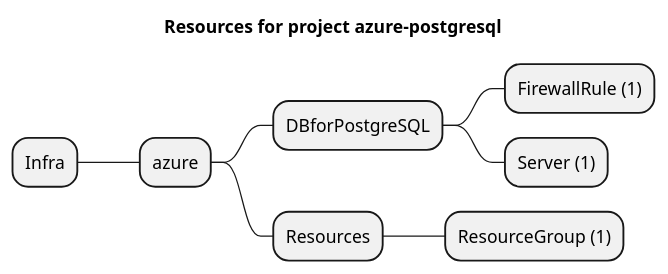
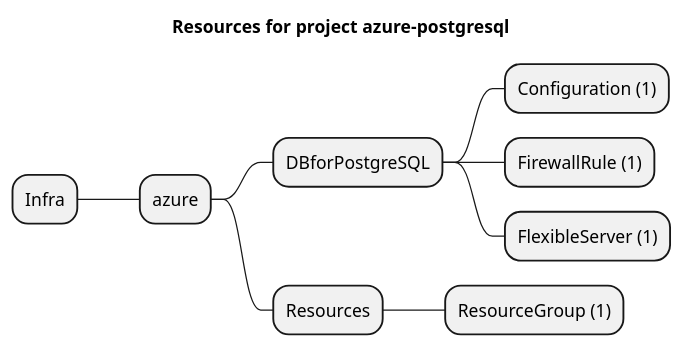
One commit to grucloud/grucloud changed the diagram in examples/azure/DBforPostgreSQL/azure-postgresql/artifacts/resources-mindmap.puml. Above: the diagram before and after it, drawn with PlantUML. The commit also changed 19 other files, not shown here.

```diff
--- a/examples/azure/DBforPostgreSQL/azure-postgresql/artifacts/resources-mindmap.puml
+++ b/examples/azure/DBforPostgreSQL/azure-postgresql/artifacts/resources-mindmap.puml
@@ -1,11 +1,12 @@
 @startmindmap
 title Resources for project azure-postgresql
 skinparam monochrome true
 + Infra
 ++ azure
 +++ DBforPostgreSQL
+++++ Configuration (1)
 ++++ FirewallRule (1)
-++++ Server (1)
+++++ FlexibleServer (1)
 +++ Resources
 ++++ ResourceGroup (1)
 @endmindmap
```
